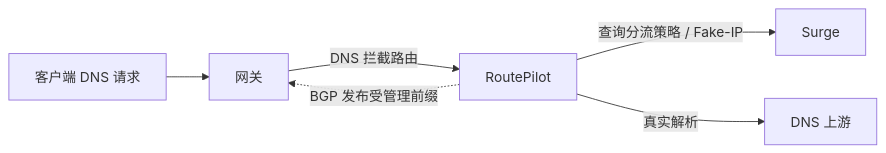
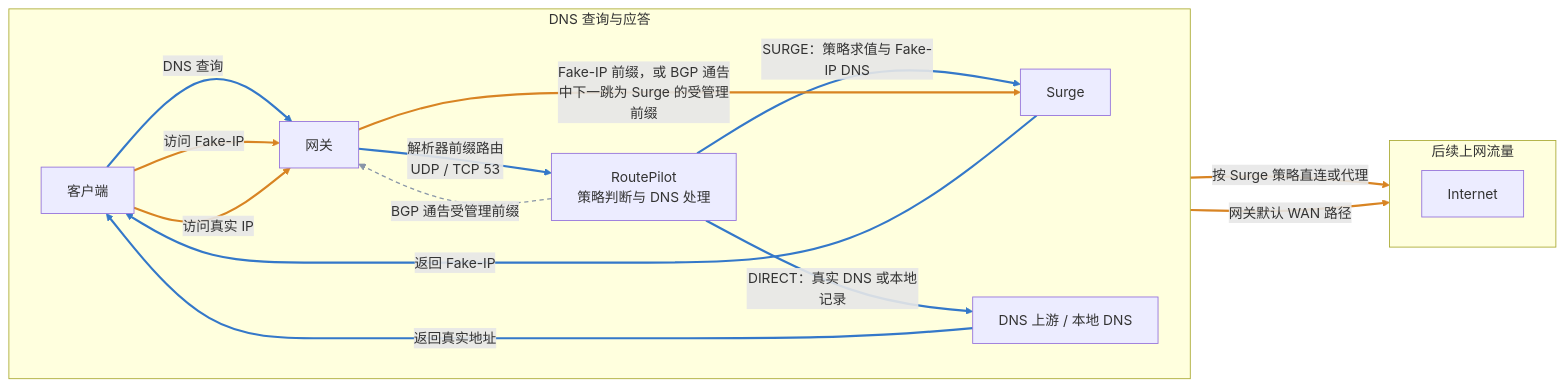
Before and after one commit to KnotDing/routepilot: the diagram in README.md, drawn with Mermaid. The commit also changed other lines of this file and 13 other files, not shown here.

````diff
--- a/README.md
+++ b/README.md
@@ -44,8 +54,24 @@
 ```mermaid
 flowchart LR
-    C[客户端 DNS 请求] --> G[网关]
-    G -->|DNS 拦截路由| R[RoutePilot]
-    R -->|查询分流策略 / Fake-IP| S[Surge]
-    R -->|真实解析| U[DNS 上游]
-    R -.->|BGP 发布受管理前缀| G
+    subgraph DNS[DNS 查询与应答]
+        direction LR
+        C[客户端] -->|DNS 查询| G[网关]
+        G -->|解析器前缀路由<br/>UDP / TCP 53| R[RoutePilot<br/>策略判断与 DNS 处理]
+        R -->|SURGE：策略求值与 Fake-IP DNS| S[Surge]
+        R -->|DIRECT：真实 DNS 或本地记录| U[DNS 上游 / 本地 DNS]
+        S -->|返回 Fake-IP| C
+        U -->|返回真实地址| C
+    end
+    subgraph Traffic[后续上网流量]
+        direction LR
+        C -->|访问 Fake-IP| G
+        G -->|Fake-IP 前缀，或 BGP 通告中下一跳为 Surge 的受管理前缀| S
+        S -->|按 Surge 策略直连或代理| N[Internet]
+        C -->|访问真实 IP| G
+        G -->|网关默认 WAN 路径| N
+    end
+    R -.->|BGP 通告受管理前缀| G
+    linkStyle 0,1,2,3,4,5 stroke:#3478c9,stroke-width:2.5px
+    linkStyle 6,7,8,9,10 stroke:#d88423,stroke-width:2.5px
+    linkStyle 11 stroke:#8996a8,stroke-width:1.5px,stroke-dasharray:5 4
 ```
````
